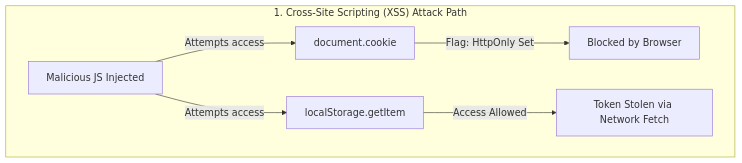
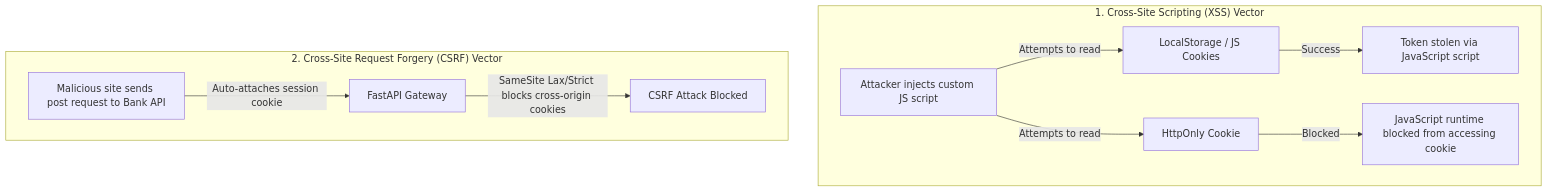
One commit to AD0791/interviewprep changed the diagram in 02_react_redux_swr_dashboard/02_browser_apis_and_storage.md. Above: the diagram before and after it, drawn with Mermaid. The commit also changed other lines of this file and 7 other files, not shown here.

````diff
--- a/02_react_redux_swr_dashboard/02_browser_apis_and_storage.md
+++ b/02_react_redux_swr_dashboard/02_browser_apis_and_storage.md
@@ -35,10 +34,14 @@
 ```mermaid
 graph TD
-    subgraph XSS ["1. Cross-Site Scripting (XSS) Attack Path"]
-        MalScript[Malicious JS Injected] -->|Attempts access| ReadCookie[document.cookie]
-        MalScript -->|Attempts access| ReadStorage[localStorage.getItem]
-        
-        ReadCookie -->|Flag: HttpOnly Set| Blocked[Blocked by Browser]
-        ReadStorage -->|Access Allowed| Stolen[Token Stolen via Network Fetch]
+    subgraph XSS ["1. Cross-Site Scripting (XSS) Vector"]
+        Attack[Attacker injects custom JS script] -->|Attempts to read| Storage[LocalStorage / JS Cookies]
+        Storage -->|Success| Steal[Token stolen via JavaScript script]
+        Attack -->|Attempts to read| HttpOnly[HttpOnly Cookie]
+        HttpOnly -->|Blocked| Safe[JavaScript runtime blocked from accessing cookie]
+    end
+
+    subgraph CSRF ["2. Cross-Site Request Forgery (CSRF) Vector"]
+        Malicious[Malicious site sends post request to Bank API] -->|Auto-attaches session cookie| BankAPI[FastAPI Gateway]
+        BankAPI -->|SameSite Lax/Strict blocks cross-origin cookies| Blocked[CSRF Attack Blocked]
     end
 ```
````
